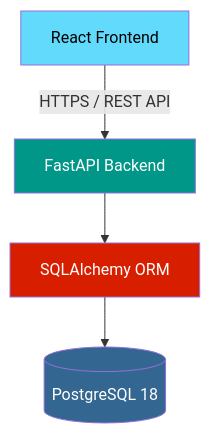
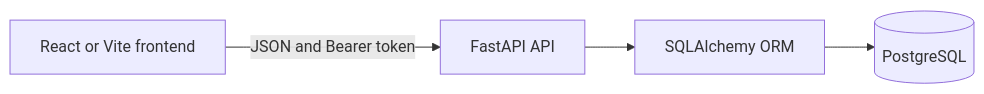
One commit to GauravKanwasi/expense-tracker- changed the diagram in README.md. Above: the diagram before and after it, drawn with Mermaid. The commit also changed other lines of this file and 10 other files, not shown here.

````diff
--- a/README.md
+++ b/README.md
@@ -36,11 +7,6 @@
-```mermaid
-flowchart TD
-    A[React Frontend] -->|HTTPS / REST API| B[FastAPI Backend]
-    B --> C[SQLAlchemy ORM]
-    C --> D[(PostgreSQL 18)]
-
-    style A fill:#61dafb,color:#000
-    style B fill:#009688,color:#fff
-    style C fill:#D71F00,color:#fff
-    style D fill:#336791,color:#fff
-```
+~~~mermaid
+flowchart LR
+    Frontend[React or Vite frontend] -->|JSON and Bearer token| API[FastAPI API]
+    API --> ORM[SQLAlchemy ORM]
+    ORM --> DB[(PostgreSQL)]
+~~~
````
